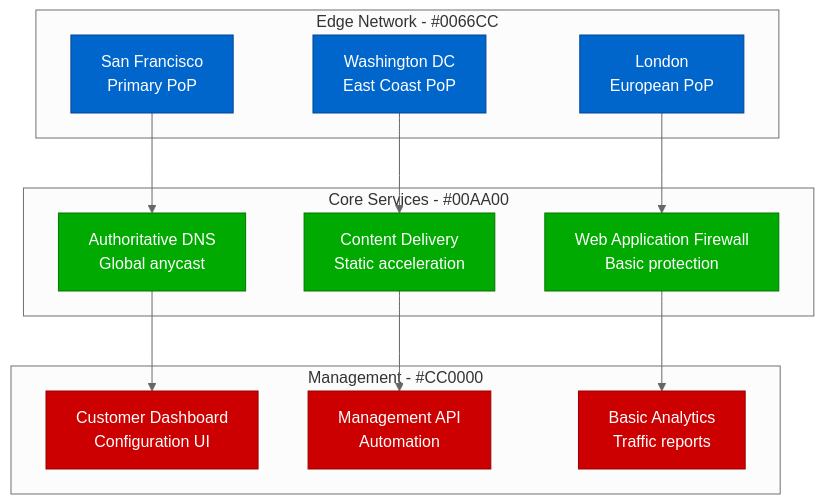
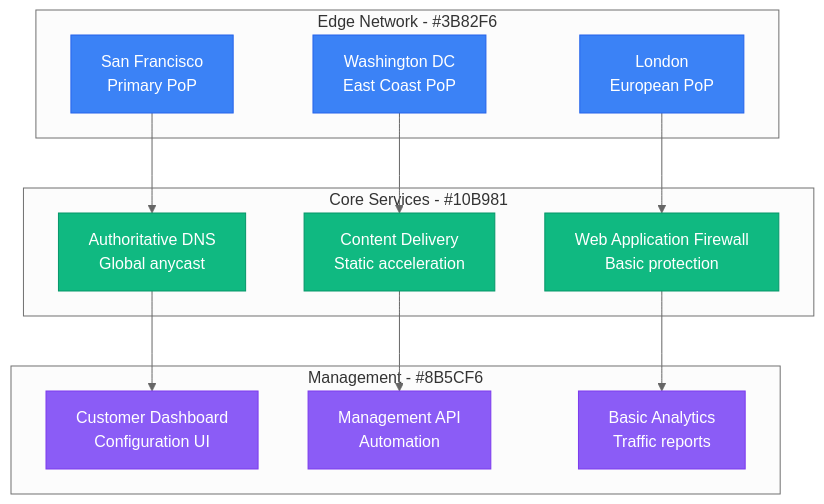
Before and after one commit to deepaucksharma/DS: the second of 4 diagrams in site/docs/scaling/cloudflare-scale-evolution.md, drawn with Mermaid (neutral theme). The commit also changed other lines of this file and 187 other files, not shown here.

````diff
--- a/site/docs/scaling/cloudflare-scale-evolution.md
+++ b/site/docs/scaling/cloudflare-scale-evolution.md
@@ -50,35 +50,35 @@
 ```mermaid
 graph TB
-    subgraph EdgePlane[Edge Network - #0066CC]
+    subgraph EdgePlane[Edge Network - #3B82F6]
         SF[San Francisco<br/>Primary PoP]
         DC[Washington DC<br/>East Coast PoP]
         LON[London<br/>European PoP]
     end
 
-    subgraph ServicePlane[Core Services - #00AA00]
+    subgraph ServicePlane[Core Services - #10B981]
         DNS[Authoritative DNS<br/>Global anycast]
         CDN[Content Delivery<br/>Static acceleration]
         WAF[Web Application Firewall<br/>Basic protection]
     end
 
-    subgraph ControlPlane[Management - #CC0000]
+    subgraph ControlPlane[Management - #8B5CF6]
         DASHBOARD[Customer Dashboard<br/>Configuration UI]
         API[Management API<br/>Automation]
         ANALYTICS[Basic Analytics<br/>Traffic reports]
     end
 
     SF --> DNS
     DC --> CDN
     LON --> WAF
     DNS --> DASHBOARD
     CDN --> API
     WAF --> ANALYTICS
 
-    classDef edgeStyle fill:#0066CC,stroke:#004499,color:#fff
-    classDef serviceStyle fill:#00AA00,stroke:#007700,color:#fff
-    classDef controlStyle fill:#CC0000,stroke:#990000,color:#fff
+    classDef edgeStyle fill:#3B82F6,stroke:#2563EB,color:#fff
+    classDef serviceStyle fill:#10B981,stroke:#059669,color:#fff
+    classDef controlStyle fill:#8B5CF6,stroke:#7C3AED,color:#fff
 
     class SF,DC,LON edgeStyle
     class DNS,CDN,WAF serviceStyle
     class DASHBOARD,API,ANALYTICS controlStyle
 ```
````
